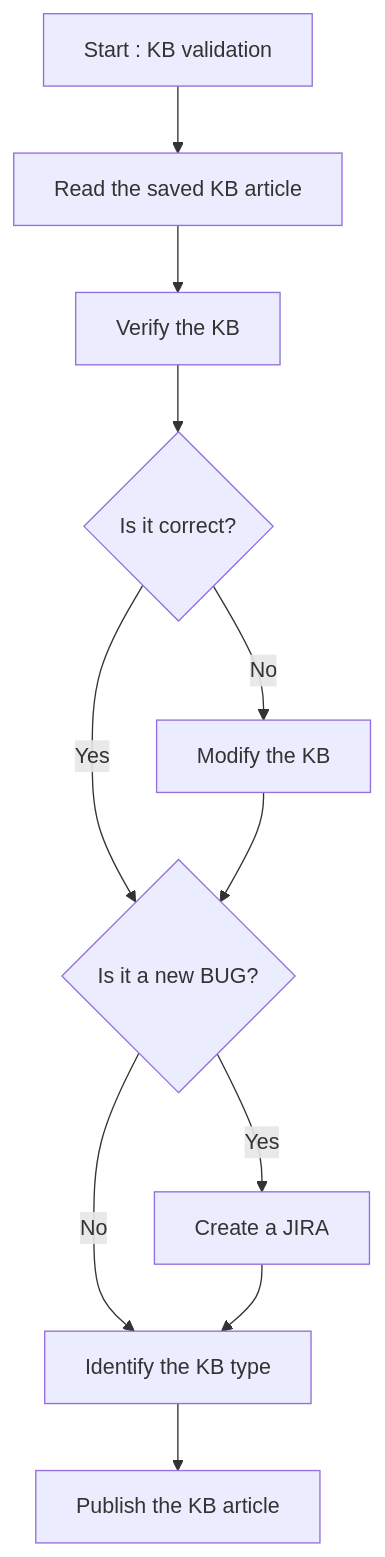
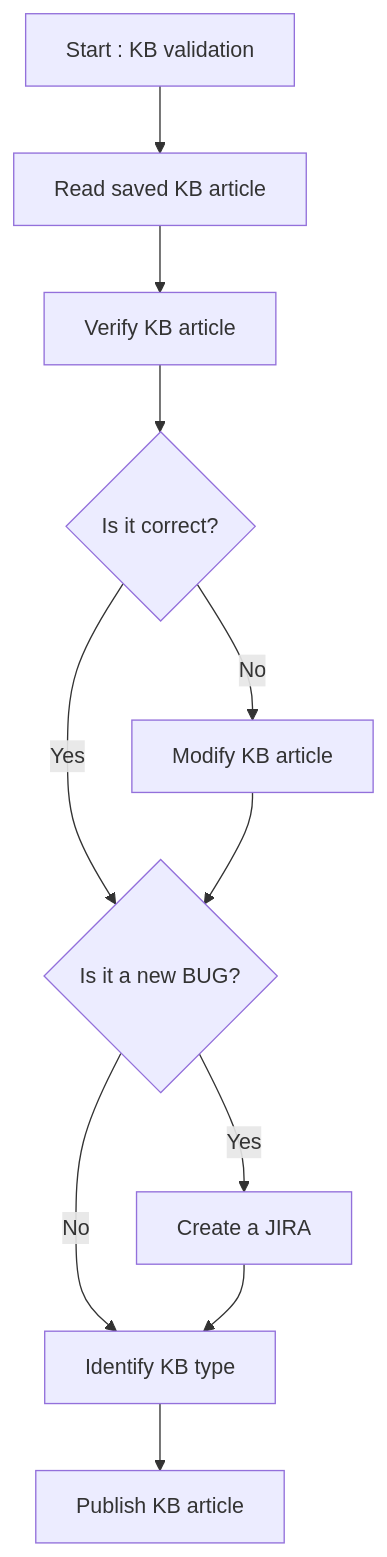
Before and after one commit to alexvea/KB: the third of 3 diagrams in README.md, drawn with Mermaid.

````diff
--- a/README.md
+++ b/README.md
@@ -165,13 +165,13 @@
 ```mermaid
 flowchart TD
-A[Start : KB validation] --> B[Read the saved KB article];
-B[Read the saved KB article] --> C[Verify the KB];
-C[Verify the KB] --> D{Is it correct?};
+A[Start : KB validation] --> B[Read saved KB article];
+B[Read saved KB article] --> C[Verify KB article];
+C[Verify KB article] --> D{Is it correct?};
 D -- Yes --> E{Is it a new BUG?};
-D -- No --> F[Modify the KB];
+D -- No --> F[Modify KB article];
 F --> E{Is it a new BUG?}
 E -- Yes --> H[Create a JIRA];
-E -- No --> I[Identify the KB type];
-H --> I[Identify the KB type];
-I[Identify the KB type] --> J[Publish the KB article];
+E -- No --> I[Identify KB type];
+H --> I[Identify KB type];
+I[Identify KB type] --> J[Publish KB article];
 ```
````
